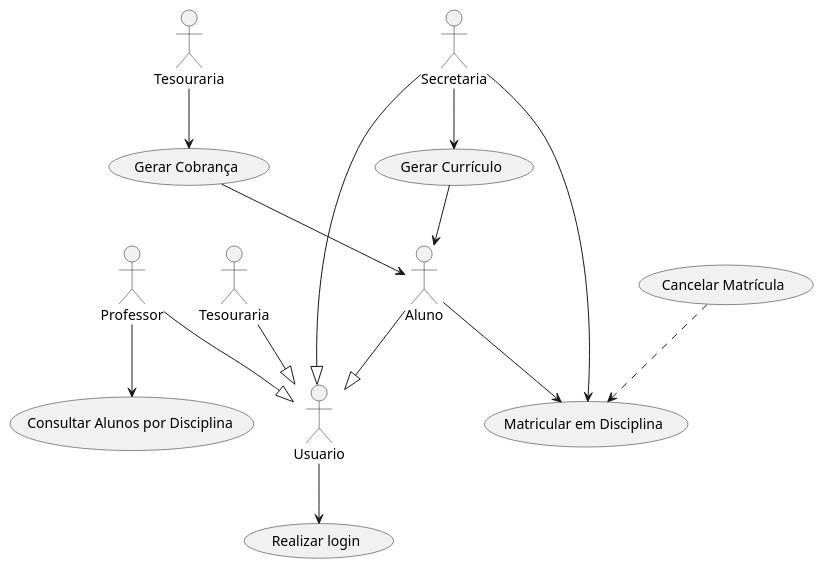
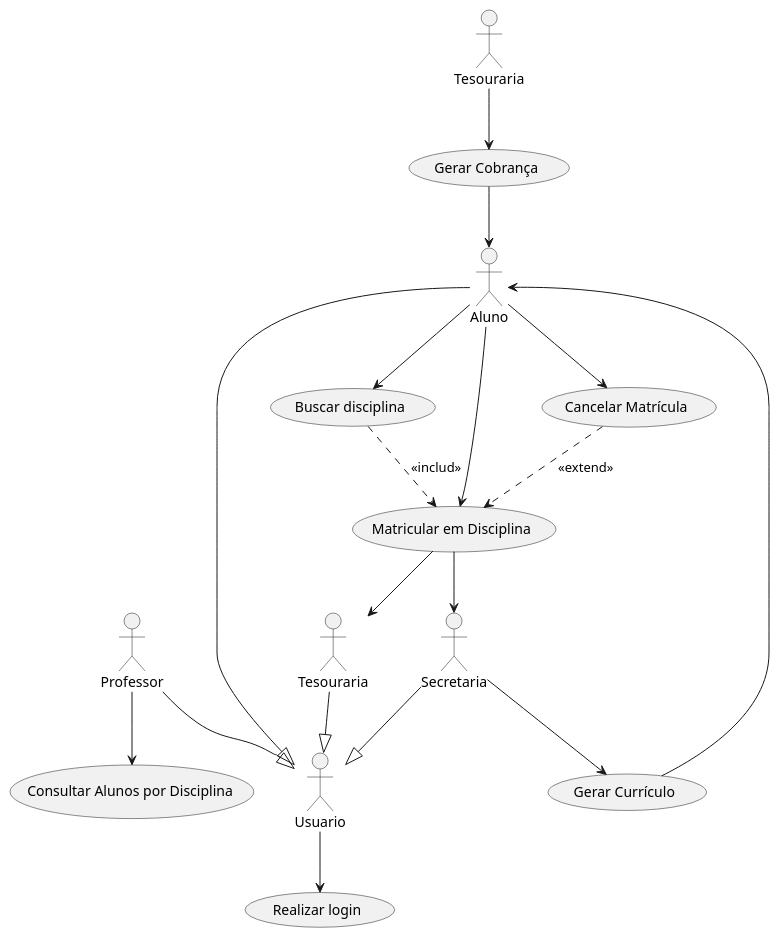
Before and after one commit to PedroRamos98/SistemaDeMatriculas: the diagram in project/code/Matricula.puml, drawn with PlantUML. The commit also changed other lines of this file, not shown here.

```diff
--- a/project/code/Matricula.puml
+++ b/project/code/Matricula.puml
@@ -1,40 +1,47 @@
 @startuml
+
 ' Define os atores
 actor Aluno
 actor Professor
 actor Secretaria
 actor SistemaCobranças as "Tesouraria"
 actor Usuario
 
 Aluno--|> Usuario
 Professor--|> Usuario
 Secretaria--|> Usuario
 Tesouraria--|> Usuario
 
 ' Define os casos de uso
 usecase "Gerar Currículo" as UC1
 usecase "Consultar Alunos por Disciplina" as UC2
 usecase "Matricular em Disciplina" as UC3
 usecase "Cancelar Matrícula" as UC4
 usecase "Gerar Cobrança" as UC5
 usecase "Realizar login" as UC6
-
+usecase "Buscar disciplina" as UC7
 
 ' Define as relações entre atores e casos de uso
 
 Usuario --> UC6
 
-Aluno --> UC3 
+Aluno --> UC4
+Aluno --> UC3
+Aluno --> UC7
+UC3 --> Secretaria
+UC3 --> Tesouraria
 
-
-UC4 ..> UC3
+UC4 ..> UC3 : <<extend>>
+UC7 ..> UC3 : <<includ>>
 
 Professor --> UC2 
 
 Secretaria --> UC1
 UC1 --> Aluno
 
 SistemaCobranças --> UC5
 UC5 --> Aluno
-Secretaria--> UC3
+
+
+
 @enduml
```
